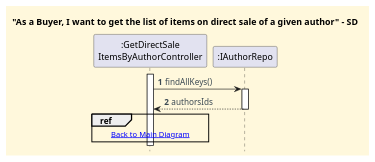
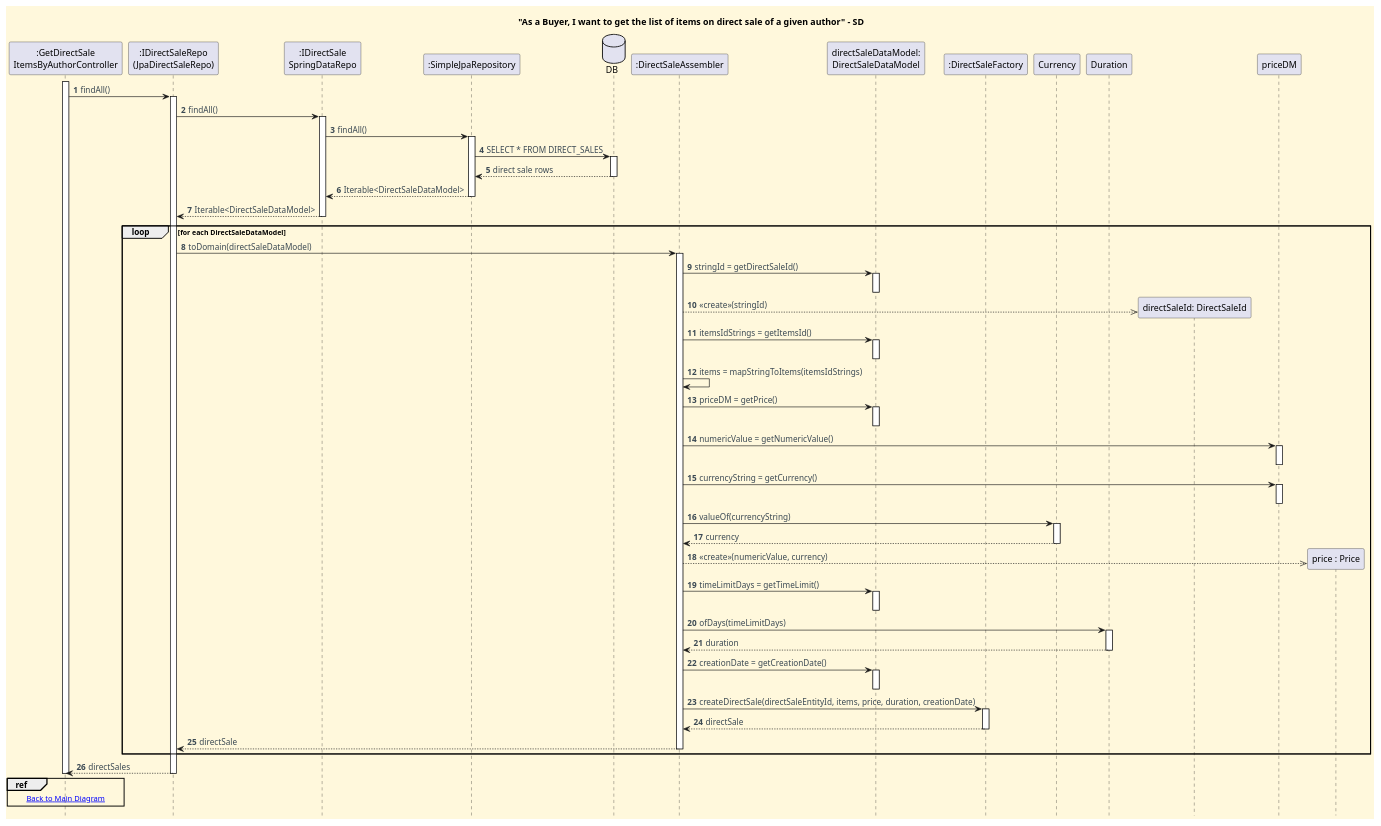
The diagram in docs/functionalities/buyer/get-list-of-items-on-direct-sale-of-given-author/sd-ref-diagrams/Get_DirectSale_Items.puml (CarolinaLeite-collab/JavaMarketplacePlatform), drawn with PlantUML before and after one commit. The commit also changed 4 other files, not shown here.

Commit message:
docs: update direct sale SDs and add repository reference diagrams (#688)

```diff
--- a/docs/functionalities/buyer/get-list-of-items-on-direct-sale-of-given-author/sd-ref-diagrams/Get_DirectSale_Items.puml
+++ b/docs/functionalities/buyer/get-list-of-items-on-direct-sale-of-given-author/sd-ref-diagrams/Get_DirectSale_Items.puml
@@ -1,35 +1,116 @@
 @startuml
-'==== Title ====
 title "As a Buyer, I want to get the list of items on direct sale of a given author" - SD
 
-
-'==== basic style ====
 skinparam monochrome false
 skinparam shadowing false
 skinparam defaultFontName Futura
 skinparam objectFontSize 20
 skinparam backgroundColor CornSilk
 skinparam objectBackgroundColor WhiteSmoke
 skinparam noteBackgroundColor #FFFFE0
 skinparam ArrowFontColor #3B4953
 skinparam ActivationBackgroundColor black
 hidefootbox
 autonumber
 
-
-' ==== Actor and participants ====
 participant ":GetDirectSale\nItemsByAuthorController" as CTL
-participant ":IAuthorRepo" as IREPO
-
+participant ":IDirectSaleRepo\n(JpaDirectSaleRepo)" as JpaRepo
+participant ":IDirectSale\nSpringDataRepo" as SpringRepo
+participant ":SimpleJpaRepository" as JpaImpl
+database "DB" as DB
+participant ":DirectSaleAssembler" as Ass
+participant "directSaleDataModel:\nDirectSaleDataModel" as directSaleDataModel
+participant ":DirectSaleFactory" as factory
+participant "Currency" as Currency
+participant "Duration" as Duration
 
 activate CTL
-CTL -> IREPO: findAllKeys()
-activate IREPO
-IREPO --> CTL: authorsIds
-deactivate IREPO
+
+CTL -> JpaRepo : findAll()
+activate JpaRepo
+
+JpaRepo -> SpringRepo : findAll()
+activate SpringRepo
+
+SpringRepo -> JpaImpl : findAll()
+activate JpaImpl
+
+JpaImpl -> DB : SELECT * FROM DIRECT_SALES
+activate DB
+DB --> JpaImpl : direct sale rows
+deactivate DB
+
+JpaImpl --> SpringRepo : Iterable<DirectSaleDataModel>
+deactivate JpaImpl
+
+SpringRepo --> JpaRepo : Iterable<DirectSaleDataModel>
+deactivate SpringRepo
+
+loop for each DirectSaleDataModel
+    JpaRepo -> Ass : toDomain(directSaleDataModel)
+    activate Ass
+
+    Ass -> directSaleDataModel : stringId = getDirectSaleId()
+    activate directSaleDataModel
+    deactivate directSaleDataModel
+
+    create "directSaleId: DirectSaleId"
+    Ass -->> "directSaleId: DirectSaleId" : <<create>>(stringId)
+
+    Ass -> directSaleDataModel : itemsIdStrings = getItemsId()
+    activate directSaleDataModel
+    deactivate directSaleDataModel
+
+    Ass -> Ass : items = mapStringToItems(itemsIdStrings)
+
+    Ass -> directSaleDataModel : priceDM = getPrice()
+    activate directSaleDataModel
+    deactivate directSaleDataModel
+
+    Ass -> priceDM : numericValue = getNumericValue()
+    activate priceDM
+    deactivate priceDM
+
+    Ass -> priceDM : currencyString = getCurrency()
+    activate priceDM
+    deactivate priceDM
+
+    Ass -> Currency : valueOf(currencyString)
+    activate Currency
+    Currency --> Ass : currency
+    deactivate Currency
+
+    create "price : Price"
+    Ass -->> "price : Price" : <<create>>(numericValue, currency)
+
+    Ass -> directSaleDataModel : timeLimitDays = getTimeLimit()
+    activate directSaleDataModel
+    deactivate directSaleDataModel
+
+    Ass -> Duration : ofDays(timeLimitDays)
+    activate Duration
+    Duration --> Ass : duration
+    deactivate Duration
+
+    Ass -> directSaleDataModel : creationDate = getCreationDate()
+    activate directSaleDataModel
+    deactivate directSaleDataModel
+
+    Ass -> factory : createDirectSale(directSaleEntityId, items, price, duration, creationDate)
+    activate factory
+    factory --> Ass : directSale
+    deactivate factory
+
+    Ass --> JpaRepo : directSale
+    deactivate Ass
+end
+
+JpaRepo --> CTL : directSales
+deactivate JpaRepo
+deactivate CTL
 
 ref over CTL
 [[../Get_List_of_Items_On_Direct_Sale_Of_Given_Author_SD_3.puml Back to Main Diagram]]
 end ref
 
 @enduml
```
